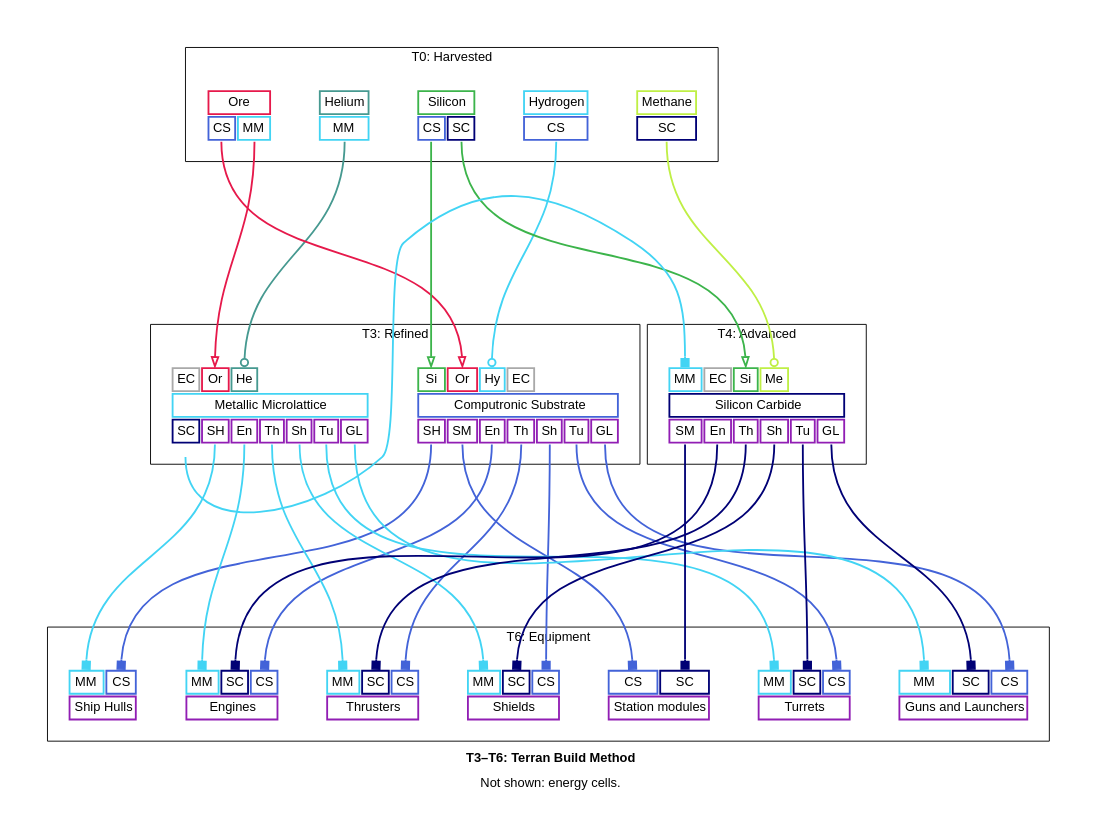
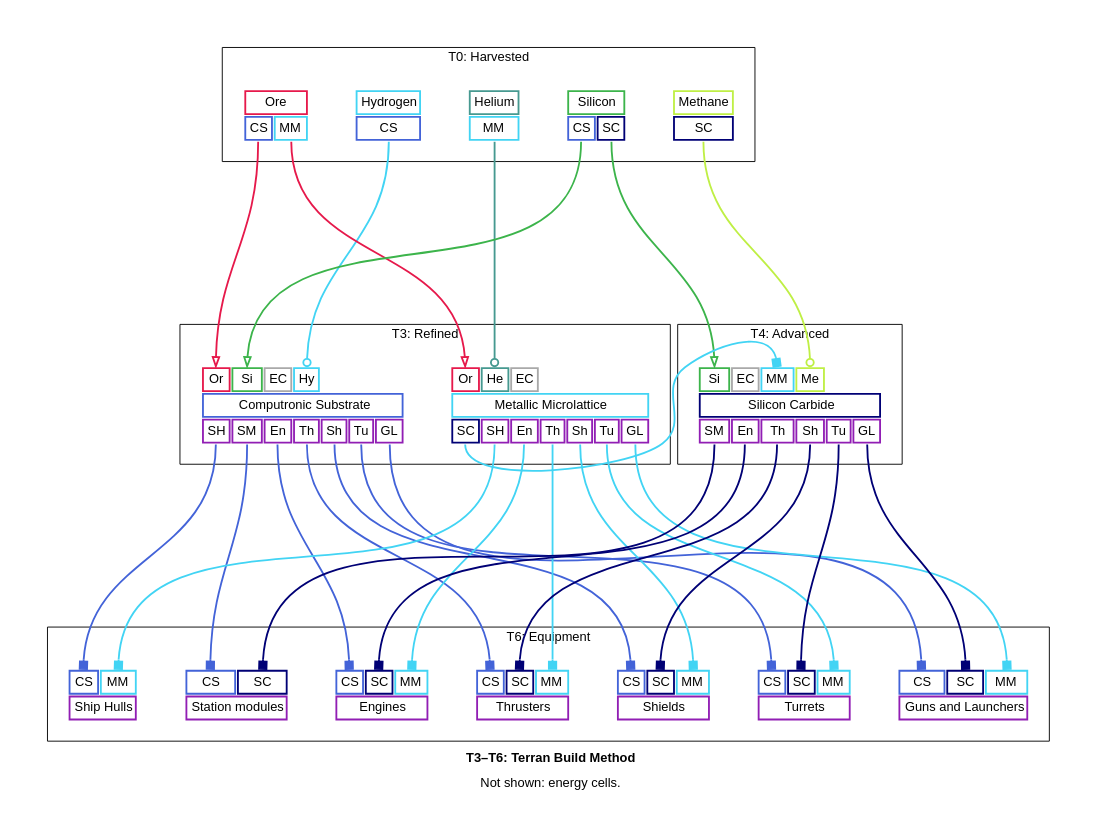
Before and after one commit to borntyping/x4-diagrams: the diagram in docs/t3_t6_terran_build_method_graph_simplified.dot, drawn with Graphviz. The commit also changed other lines of this file and 45 other files, not shown here.

```diff
--- a/docs/t3_t6_terran_build_method_graph_simplified.dot
+++ b/docs/t3_t6_terran_build_method_graph_simplified.dot
@@ -83,13 +83,13 @@
   
     <tr>
       
+        <td align="text" bgcolor="white" color="#e6194B" port="ore">Or</td>
+      
         <td align="text" bgcolor="white" color="#3cb44b" port="silicon">Si</td>
       
-        <td align="text" bgcolor="white" color="#e6194B" port="ore">Or</td>
+        <td align="text" bgcolor="white" color="#a9a9a9" port="energy_cells">EC</td>
       
         <td align="text" bgcolor="white" color="#42d4f4" port="hydrogen">Hy</td>
-      
-        <td align="text" bgcolor="white" color="#a9a9a9" port="energy_cells">EC</td>
       
     </tr>
   
@@ -120,11 +120,11 @@
   
     <tr>
       
-        <td align="text" bgcolor="white" color="#a9a9a9" port="energy_cells">EC</td>
-      
         <td align="text" bgcolor="white" color="#e6194B" port="ore">Or</td>
       
         <td align="text" bgcolor="white" color="#469990" port="helium">He</td>
+      
+        <td align="text" bgcolor="white" color="#a9a9a9" port="energy_cells">EC</td>
       
     </tr>
   
@@ -158,11 +158,11 @@
   
     <tr>
       
-        <td align="text" bgcolor="white" color="#42d4f4" port="metallic_microlattice">MM</td>
+        <td align="text" bgcolor="white" color="#3cb44b" port="silicon">Si</td>
       
         <td align="text" bgcolor="white" color="#a9a9a9" port="energy_cells">EC</td>
       
-        <td align="text" bgcolor="white" color="#3cb44b" port="silicon">Si</td>
+        <td align="text" bgcolor="white" color="#42d4f4" port="metallic_microlattice">MM</td>
       
         <td align="text" bgcolor="white" color="#bfef45" port="methane">Me</td>
       
@@ -196,11 +196,11 @@
   
     <tr>
       
-        <td align="text" bgcolor="white" color="#42d4f4" port="metallic_microlattice">MM</td>
+        <td align="text" bgcolor="white" color="#4363d8" port="computronic_substrate">CS</td>
       
         <td align="text" bgcolor="white" color="#000075" port="silicon_carbide">SC</td>
       
-        <td align="text" bgcolor="white" color="#4363d8" port="computronic_substrate">CS</td>
+        <td align="text" bgcolor="white" color="#42d4f4" port="metallic_microlattice">MM</td>
       
     </tr>
   
@@ -213,11 +213,11 @@
   
     <tr>
       
-        <td align="text" bgcolor="white" color="#42d4f4" port="metallic_microlattice">MM</td>
+        <td align="text" bgcolor="white" color="#4363d8" port="computronic_substrate">CS</td>
       
         <td align="text" bgcolor="white" color="#000075" port="silicon_carbide">SC</td>
       
-        <td align="text" bgcolor="white" color="#4363d8" port="computronic_substrate">CS</td>
+        <td align="text" bgcolor="white" color="#42d4f4" port="metallic_microlattice">MM</td>
       
     </tr>
   
@@ -230,11 +230,11 @@
   
     <tr>
       
-        <td align="text" bgcolor="white" color="#42d4f4" port="metallic_microlattice">MM</td>
+        <td align="text" bgcolor="white" color="#4363d8" port="computronic_substrate">CS</td>
       
         <td align="text" bgcolor="white" color="#000075" port="silicon_carbide">SC</td>
       
-        <td align="text" bgcolor="white" color="#4363d8" port="computronic_substrate">CS</td>
+        <td align="text" bgcolor="white" color="#42d4f4" port="metallic_microlattice">MM</td>
       
     </tr>
   
@@ -247,9 +247,9 @@
   
     <tr>
       
+        <td align="text" bgcolor="white" color="#4363d8" port="computronic_substrate">CS</td>
+      
         <td align="text" bgcolor="white" color="#42d4f4" port="metallic_microlattice">MM</td>
-      
-        <td align="text" bgcolor="white" color="#4363d8" port="computronic_substrate">CS</td>
       
     </tr>
   
@@ -277,11 +277,11 @@
   
     <tr>
       
-        <td align="text" bgcolor="white" color="#42d4f4" port="metallic_microlattice">MM</td>
+        <td align="text" bgcolor="white" color="#4363d8" port="computronic_substrate">CS</td>
       
         <td align="text" bgcolor="white" color="#000075" port="silicon_carbide">SC</td>
       
-        <td align="text" bgcolor="white" color="#4363d8" port="computronic_substrate">CS</td>
+        <td align="text" bgcolor="white" color="#42d4f4" port="metallic_microlattice">MM</td>
       
     </tr>
   
@@ -294,11 +294,11 @@
   
     <tr>
       
-        <td align="text" bgcolor="white" color="#42d4f4" port="metallic_microlattice">MM</td>
+        <td align="text" bgcolor="white" color="#4363d8" port="computronic_substrate">CS</td>
       
         <td align="text" bgcolor="white" color="#000075" port="silicon_carbide">SC</td>
       
-        <td align="text" bgcolor="white" color="#4363d8" port="computronic_substrate">CS</td>
+        <td align="text" bgcolor="white" color="#42d4f4" port="metallic_microlattice">MM</td>
       
     </tr>
   
```
